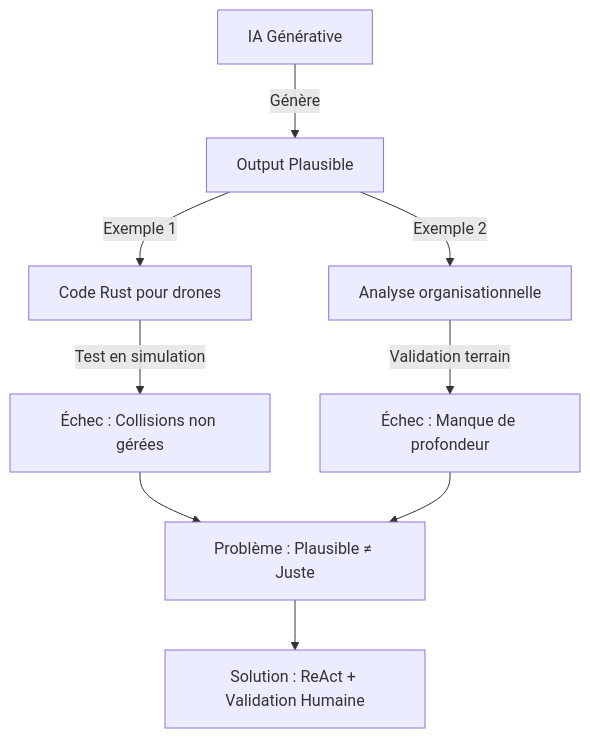
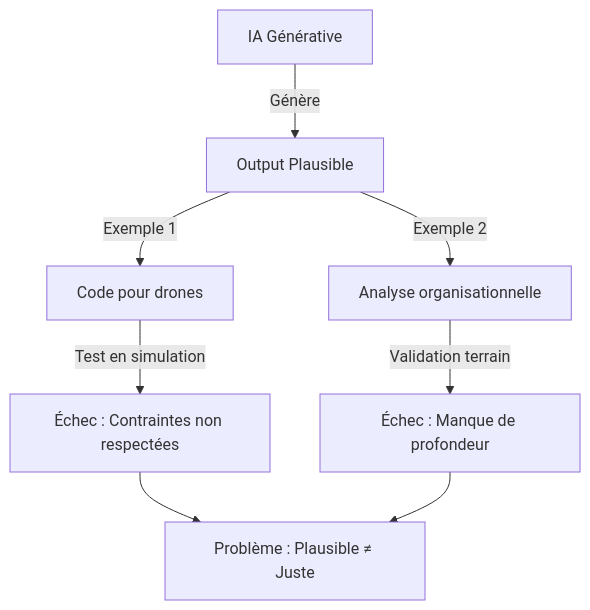
The first of 4 diagrams in doc/Agentic_Approach.md (xwarzee/uav_in_rust), drawn with Mermaid before and after one commit. The commit also changed other lines of this file, not shown here.

````diff
--- a/doc/Agentic_Approach.md
+++ b/doc/Agentic_Approach.md
@@ -36,12 +24,11 @@
 ```mermaid
 %% Diagramme : Le problème du "plausible vs juste"
 flowchart TD
     A[IA Générative] -->|Génère| B[Output Plausible]
-    B -->|Exemple 1| C[Code Rust pour drones]
+    B -->|Exemple 1| C[Code pour drones]
     B -->|Exemple 2| D[Analyse organisationnelle]
-    C -->|Test en simulation| E[Échec : Collisions non gérées]
+    C -->|Test en simulation| E[Échec : Contraintes non respectées]
     D -->|Validation terrain| F[Échec : Manque de profondeur]
     E --> G[Problème : Plausible ≠ Juste]
     F --> G
-    G --> H[Solution : ReAct + Validation Humaine]
 ```
````
